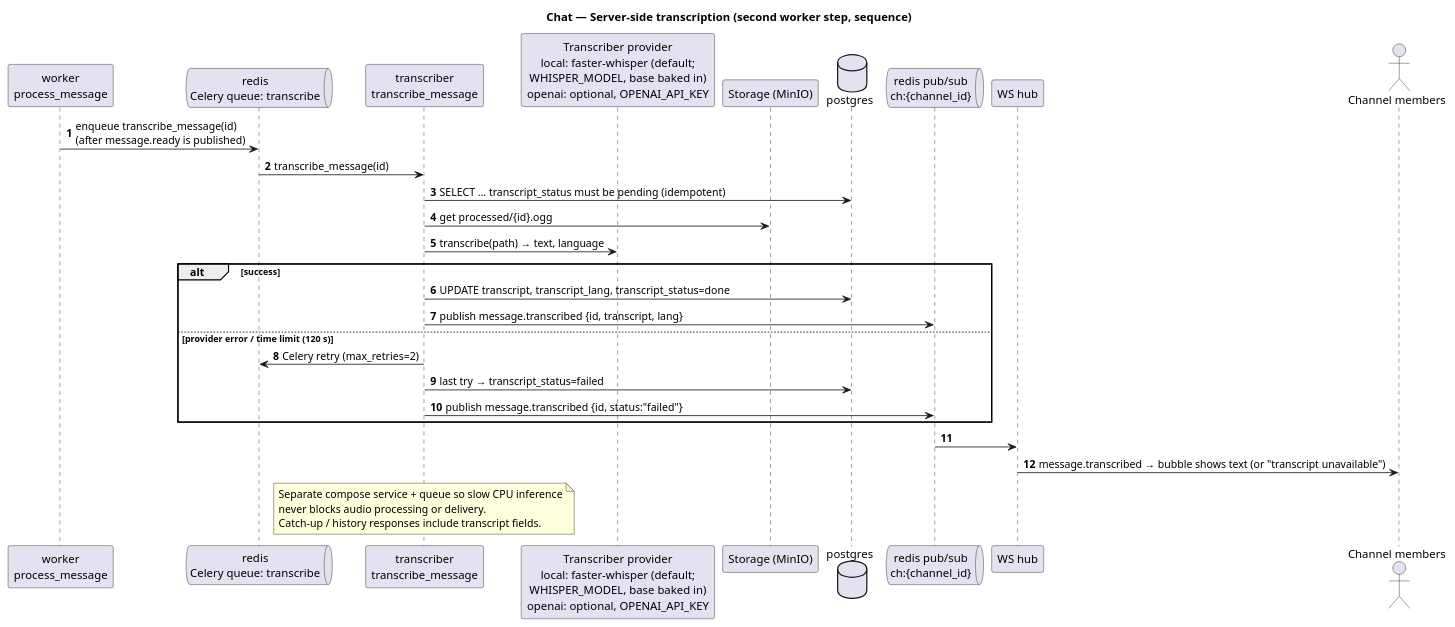
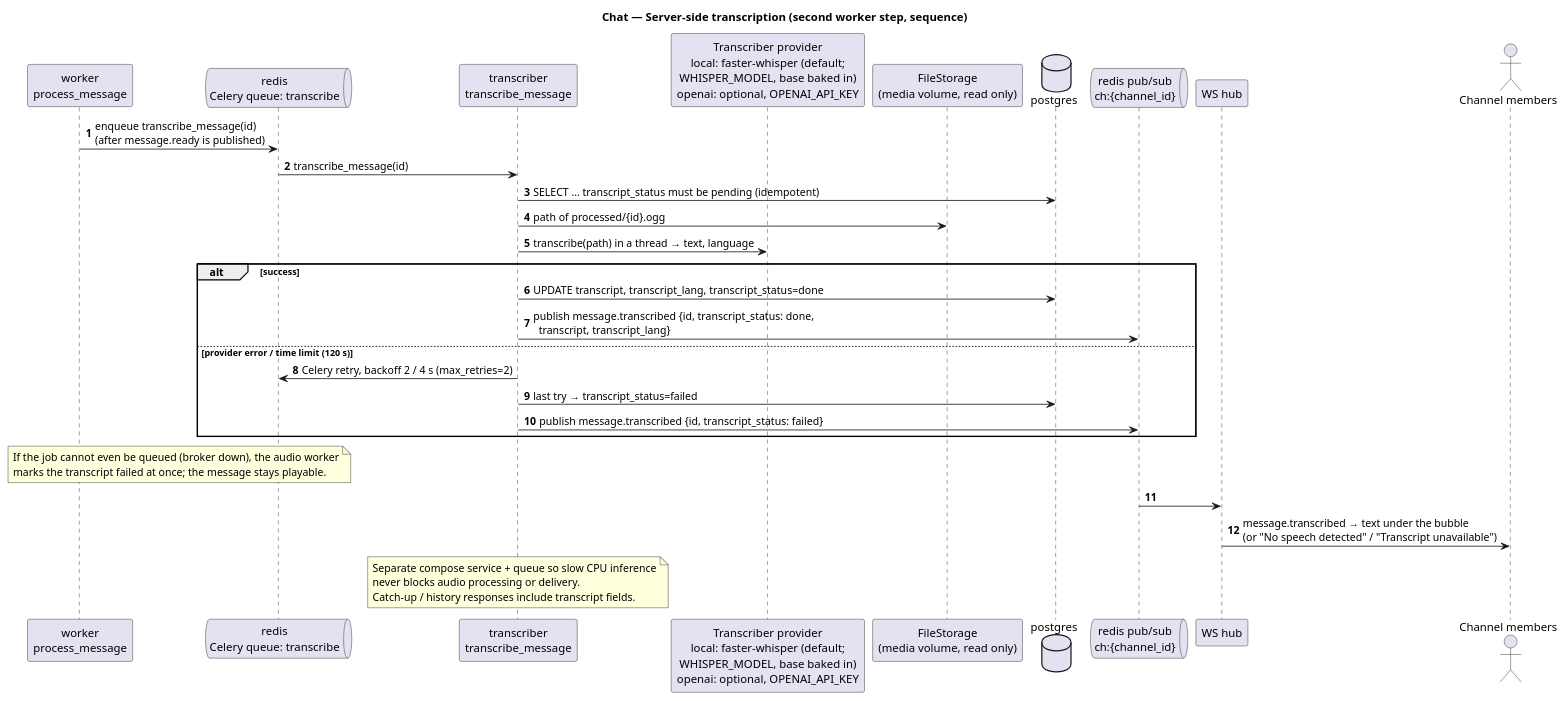
The sixth of 7 diagrams in specs/chat/uml-diagrams.puml (Salma-Mahmoudd/pushtalk), drawn with PlantUML before and after one commit. The commit also changed other lines of this file and 21 other files, not shown here.

First line of the commit message:
docs(specs): align plans and diagrams with what was built

```diff
--- a/specs/chat/uml-diagrams.puml
+++ b/specs/chat/uml-diagrams.puml
@@ -253,39 +263,43 @@
 @startuml uml-diagrams-transcription
 title Chat — Server-side transcription (second worker step, sequence)
 
 skinparam shadowing false
 skinparam defaultFontName Helvetica
 autonumber
 
 participant "worker\nprocess_message" as w1
 queue "redis\nCelery queue: transcribe" as tq
 participant "transcriber\ntranscribe_message" as tr
 participant "Transcriber provider\nlocal: faster-whisper (default;\nWHISPER_MODEL, base baked in)\nopenai: optional, OPENAI_API_KEY" as model
-participant "Storage (MinIO)" as s3
+participant "FileStorage\n(media volume, read only)" as s3
 database postgres as db
 queue "redis pub/sub\nch:{channel_id}" as ps
 participant "WS hub" as hub
 actor "Channel members" as members
 
 w1 -> tq : enqueue transcribe_message(id)\n(after message.ready is published)
 tq -> tr : transcribe_message(id)
 tr -> db : SELECT … transcript_status must be pending (idempotent)
-tr -> s3 : get processed/{id}.ogg
-tr -> model : transcribe(path) → text, language
+tr -> s3 : path of processed/{id}.ogg
+tr -> model : transcribe(path) in a thread → text, language
 alt success
   tr -> db : UPDATE transcript, transcript_lang, transcript_status=done
-  tr -> ps : publish message.transcribed {id, transcript, lang}
+  tr -> ps : publish message.transcribed {id, transcript_status: done,\n  transcript, transcript_lang}
 else provider error / time limit (120 s)
-  tr -> tq : Celery retry (max_retries=2)
+  tr -> tq : Celery retry, backoff 2 / 4 s (max_retries=2)
   tr -> db : last try → transcript_status=failed
-  tr -> ps : publish message.transcribed {id, status:"failed"}
+  tr -> ps : publish message.transcribed {id, transcript_status: failed}
 end
+note over w1, tq
+  If the job cannot even be queued (broker down), the audio worker
+  marks the transcript failed at once; the message stays playable.
+end note
 ps -> hub
-hub -> members : message.transcribed → bubble shows text (or "transcript unavailable")
+hub -> members : message.transcribed → text under the bubble\n(or "No speech detected" / "Transcript unavailable")
 
 note over tr
   Separate compose service + queue so slow CPU inference
   never blocks audio processing or delivery.
   Catch-up / history responses include transcript fields.
 end note
 @enduml
```
